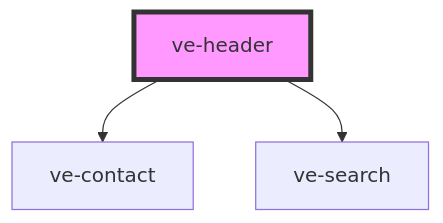
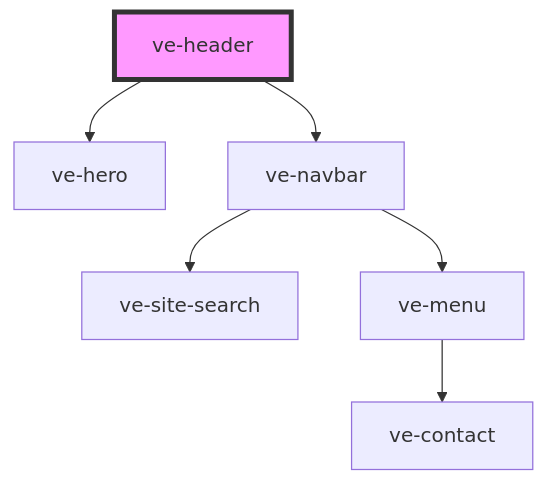
The diagram in src/components/ve-header/readme.md (visual-essays/web-components), drawn with Mermaid before and after one commit. The commit also changed other lines of this file and 10 other files, not shown here.

````diff
--- a/src/components/ve-header/readme.md
+++ b/src/components/ve-header/readme.md
@@ -34,6 +32,9 @@
 ```mermaid
 graph TD;
-  ve-header --> ve-contact
-  ve-header --> ve-search
+  ve-header --> ve-hero
+  ve-header --> ve-navbar
+  ve-navbar --> ve-site-search
+  ve-navbar --> ve-menu
+  ve-menu --> ve-contact
   style ve-header fill:#f9f,stroke:#333,stroke-width:4px
 ```
````
